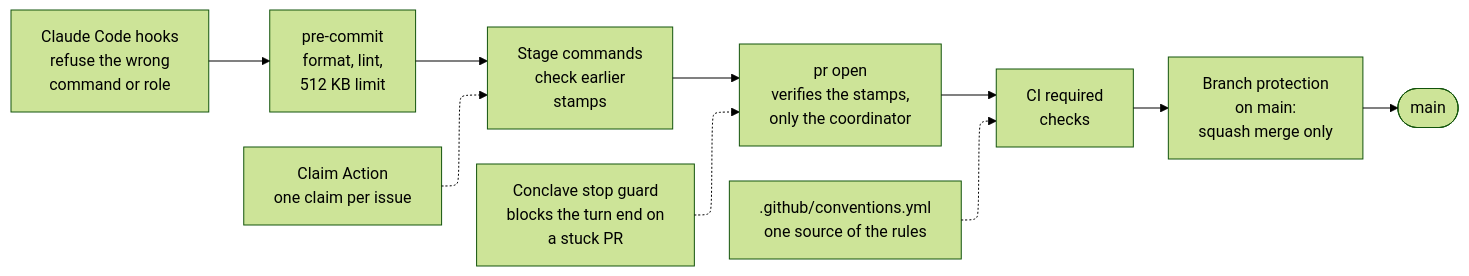
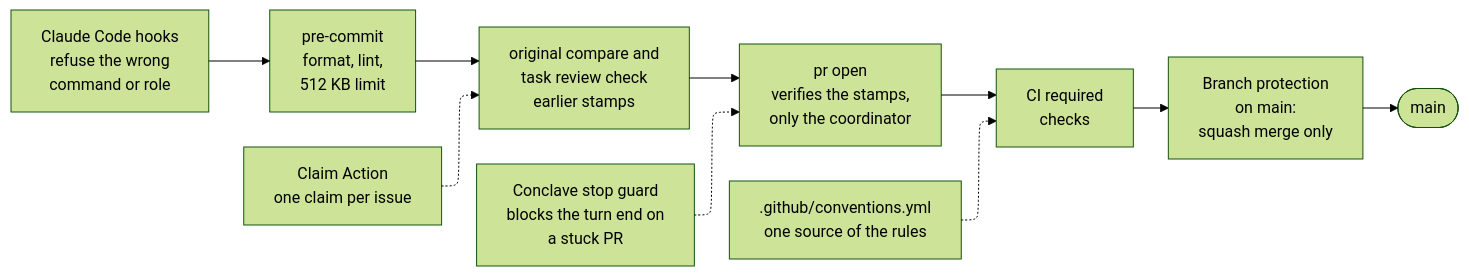
The third of 3 diagrams in docs/guides/how-we-work.md (Ryubara/coney), drawn with Mermaid (forest theme) before and after one commit. The commit also changed other lines of this file and 10 other files, not shown here.

````diff
--- a/docs/guides/how-we-work.md
+++ b/docs/guides/how-we-work.md
@@ -508,16 +509,16 @@
 ```mermaid
 ---
 config:
   layout: elk
 ---
 flowchart LR
   hooks["Claude Code hooks<br/>refuse the wrong<br/>command or role"] --> pre["pre-commit<br/>format, lint,<br/>512 KB limit"]
-  pre --> stamps["Stage commands<br/>check earlier<br/>stamps"]
+  pre --> stamps["original compare and<br/>task review check<br/>earlier stamps"]
   stamps --> push["pr open<br/>verifies the stamps,<br/>only the coordinator"]
   push --> ci["CI required<br/>checks"]
   ci --> rules["Branch protection<br/>on main:<br/>squash merge only"]
   rules --> main(["main"])
   claim["Claim Action<br/>one claim per issue"] -.-> stamps
   conclave["Conclave stop guard<br/>blocks the turn end on<br/>a stuck PR"] -.-> push
   conv[".github/conventions.yml<br/>one source of the rules"] -.-> ci
 ```
````
